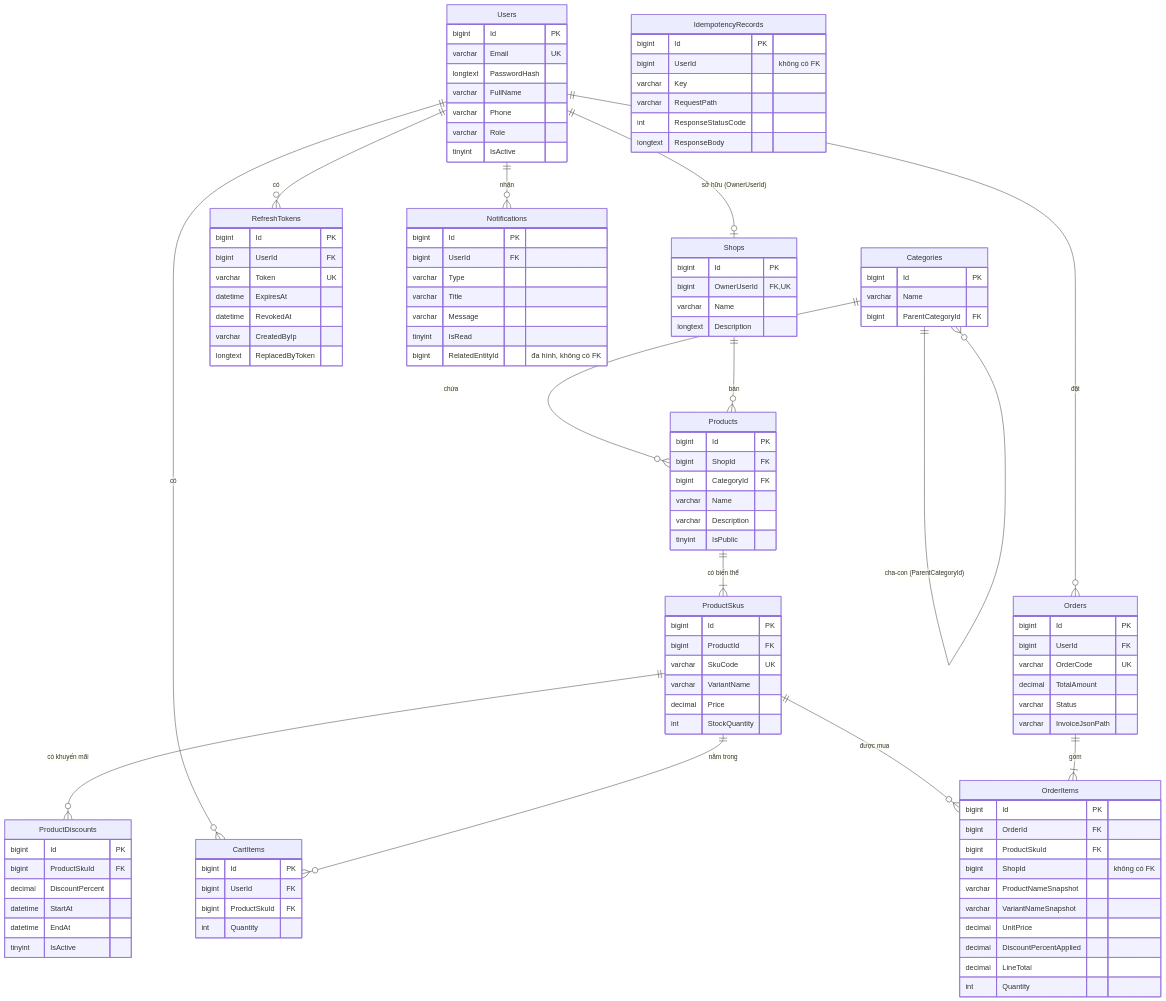
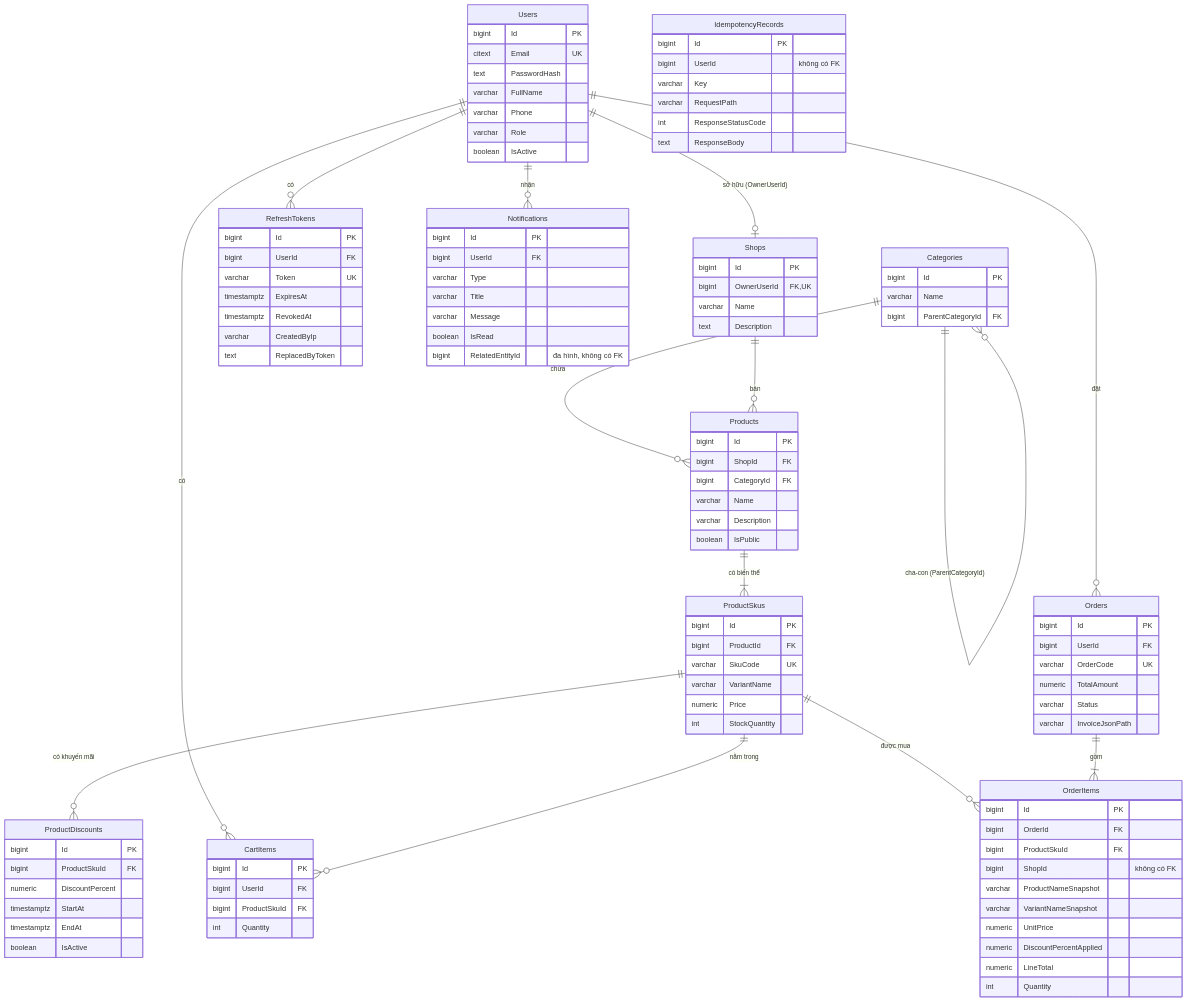
One commit to huynhtam258/ShopeeMini.Backend changed the diagram in docs/database-schema.md. Above: the diagram before and after it, drawn with Mermaid. The commit also changed other lines of this file and 22 other files, not shown here.

````diff
--- a/docs/database-schema.md
+++ b/docs/database-schema.md
@@ -63,18 +64,18 @@
 
     Users {
         bigint Id PK
-        varchar Email UK
-        longtext PasswordHash
+        citext Email UK
+        text PasswordHash
         varchar FullName
         varchar Phone
         varchar Role
-        tinyint IsActive
+        boolean IsActive
     }
     Shops {
         bigint Id PK
         bigint OwnerUserId FK,UK
         varchar Name
-        longtext Description
+        text Description
     }
     Categories {
         bigint Id PK
@@ -87,23 +88,23 @@
         bigint CategoryId FK
         varchar Name
         varchar Description
-        tinyint IsPublic
+        boolean IsPublic
     }
     ProductSkus {
         bigint Id PK
         bigint ProductId FK
         varchar SkuCode UK
         varchar VariantName
-        decimal Price
+        numeric Price
         int StockQuantity
     }
     ProductDiscounts {
         bigint Id PK
         bigint ProductSkuId FK
-        decimal DiscountPercent
-        datetime StartAt
-        datetime EndAt
-        tinyint IsActive
+        numeric DiscountPercent
+        timestamptz StartAt
+        timestamptz EndAt
+        boolean IsActive
     }
     CartItems {
         bigint Id PK
@@ -115,7 +116,7 @@
         bigint Id PK
         bigint UserId FK
         varchar OrderCode UK
-        decimal TotalAmount
+        numeric TotalAmount
         varchar Status
         varchar InvoiceJsonPath
     }
@@ -126,9 +127,9 @@
         bigint ShopId "không có FK"
         varchar ProductNameSnapshot
         varchar VariantNameSnapshot
-        decimal UnitPrice
-        decimal DiscountPercentApplied
-        decimal LineTotal
+        numeric UnitPrice
+        numeric DiscountPercentApplied
+        numeric LineTotal
         int Quantity
     }
     Notifications {
@@ -137,17 +138,17 @@
         varchar Type
         varchar Title
         varchar Message
-        tinyint IsRead
+        boolean IsRead
         bigint RelatedEntityId "đa hình, không có FK"
     }
     RefreshTokens {
         bigint Id PK
         bigint UserId FK
         varchar Token UK
-        datetime ExpiresAt
-        datetime RevokedAt
+        timestamptz ExpiresAt
+        timestamptz RevokedAt
         varchar CreatedByIp
-        longtext ReplacedByToken
+        text ReplacedByToken
     }
     IdempotencyRecords {
         bigint Id PK
@@ -155,6 +156,6 @@
         varchar Key
         varchar RequestPath
         int ResponseStatusCode
-        longtext ResponseBody
+        text ResponseBody
     }
 ```
````
